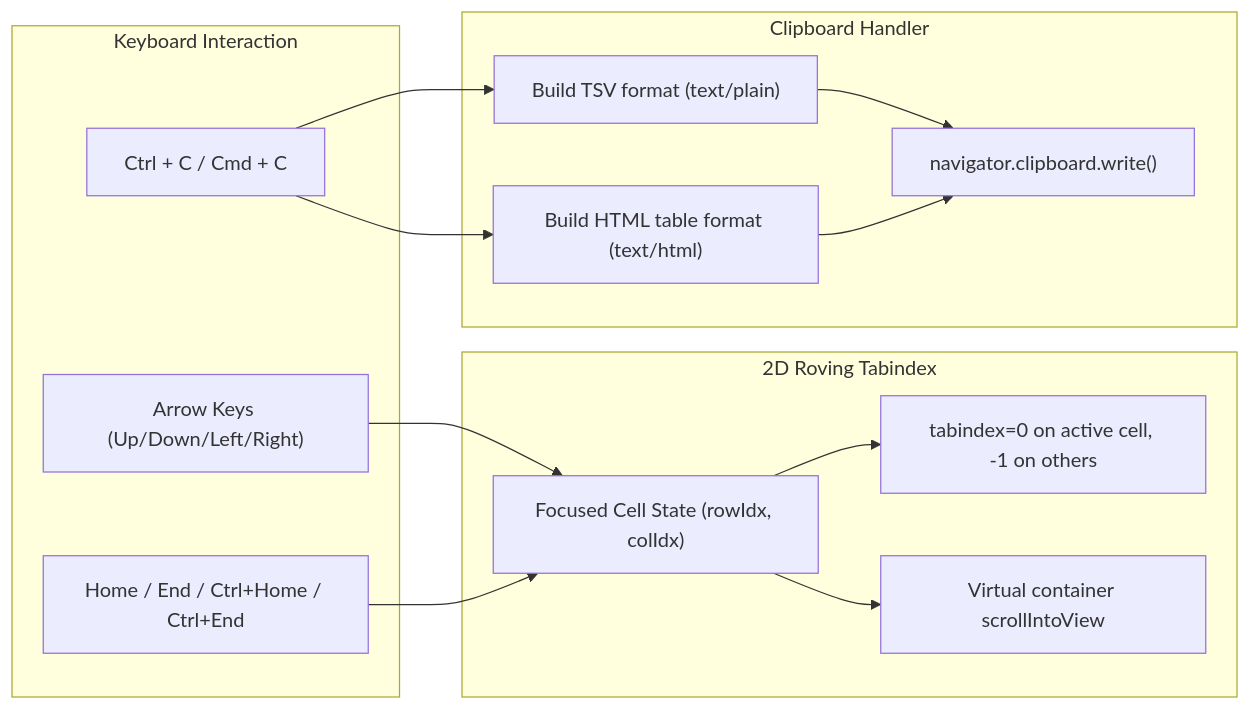
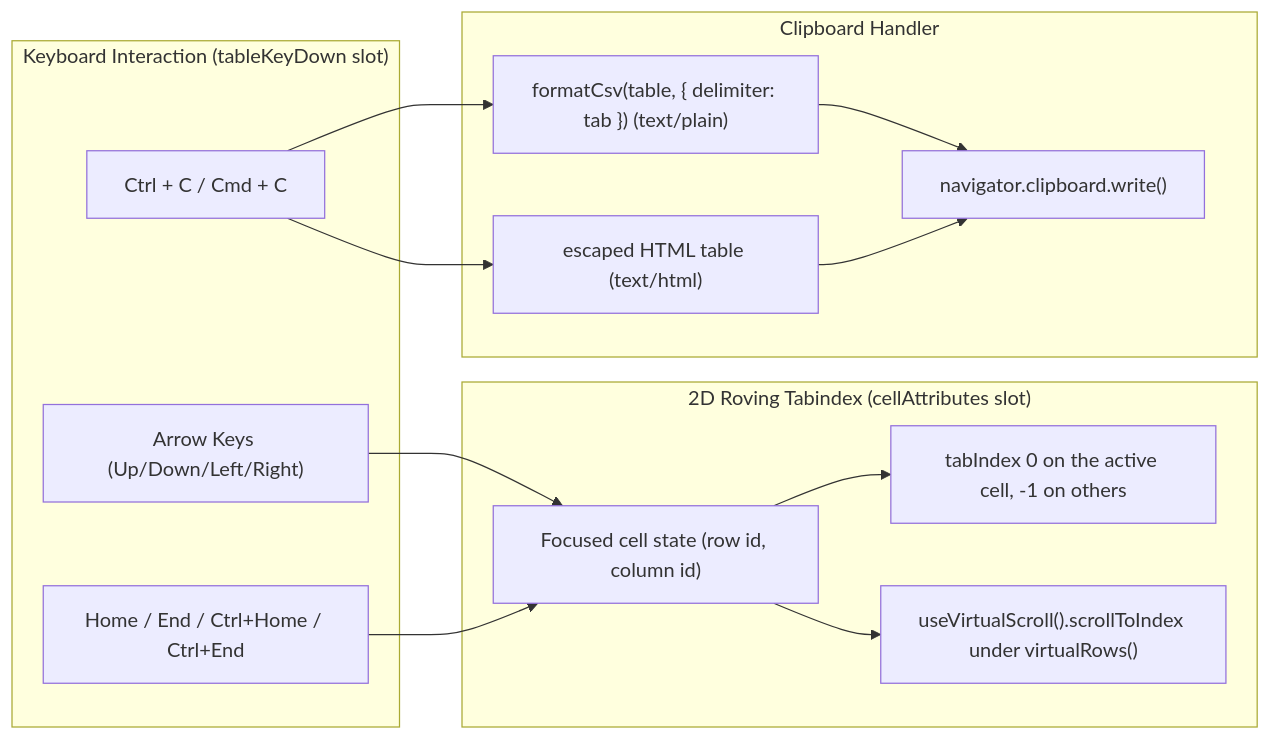
Before and after one commit to yaotzin1/apsw-gridwright: the diagram in specs/cell-navigation-and-clipboard/spec.md, drawn with Mermaid. The commit also changed other lines of this file and 201 other files, not shown here.

````diff
--- a/specs/cell-navigation-and-clipboard/spec.md
+++ b/specs/cell-navigation-and-clipboard/spec.md
@@ -28,24 +30,24 @@
 ```mermaid
 flowchart LR
-    subgraph Keys["Keyboard Interaction"]
+    subgraph Keys["Keyboard Interaction (tableKeyDown slot)"]
         Arrows["Arrow Keys (Up/Down/Left/Right)"]
         HomeEnd["Home / End / Ctrl+Home / Ctrl+End"]
         CopyKey["Ctrl + C / Cmd + C"]
     end
 
-    subgraph Navigation["2D Roving Tabindex"]
-        FocusCell["Focused Cell State (rowIdx, colIdx)"]
-        Tabindex["tabindex=0 on active cell, -1 on others"]
-        Scroll["Virtual container scrollIntoView"]
+    subgraph Navigation["2D Roving Tabindex (cellAttributes slot)"]
+        FocusCell["Focused cell state (row id, column id)"]
+        Tabindex["tabIndex 0 on the active cell, -1 on others"]
+        Scroll["useVirtualScroll().scrollToIndex under virtualRows()"]
     end
 
     subgraph Clipboard["Clipboard Handler"]
-        TSV["Build TSV format (text/plain)"]
-        HTML["Build HTML table format (text/html)"]
+        TSV["formatCsv(table, { delimiter: tab }) (text/plain)"]
+        HTML["escaped HTML table (text/html)"]
         ClipAPI["navigator.clipboard.write()"]
     end
 
     Arrows & HomeEnd --> FocusCell
     FocusCell --> Tabindex & Scroll
     CopyKey --> TSV & HTML --> ClipAPI
 ```
````
